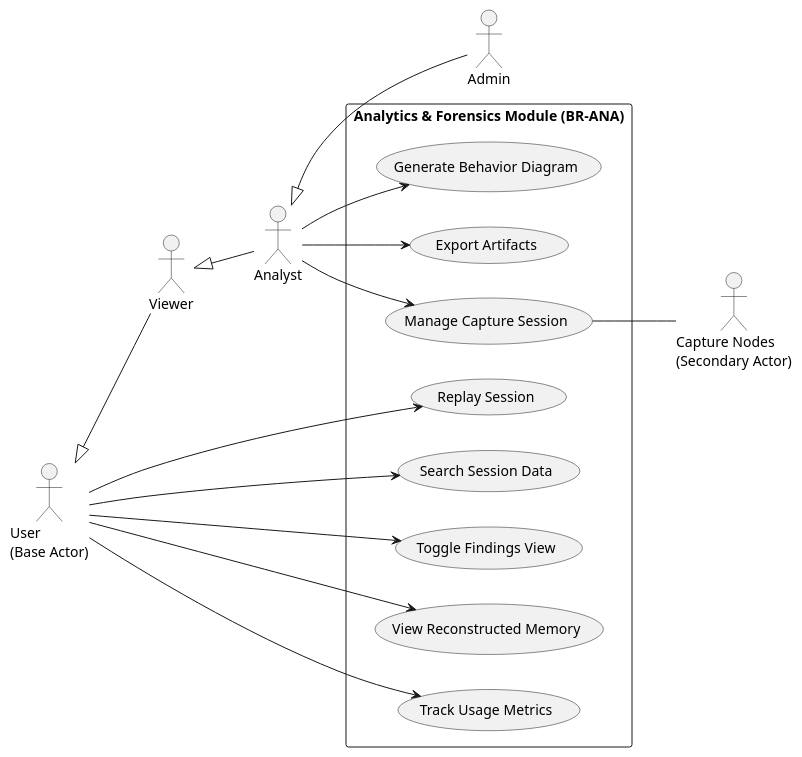
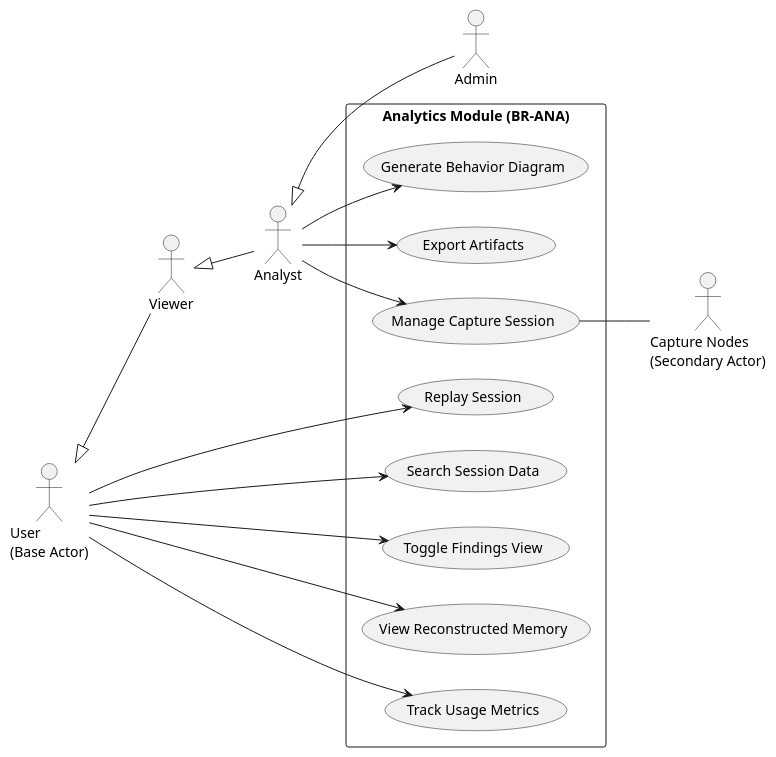
Diagram 19 of 21 in docs/01_Requirements/01_SysRS/04_Behavioral_and_Model_Requirements.md (EG-ETCS/wiresploit), drawn with PlantUML before and after one commit.

Commit message:
Edited the analytics Use case diagram

````diff
--- a/docs/01_Requirements/01_SysRS/04_Behavioral_and_Model_Requirements.md
+++ b/docs/01_Requirements/01_SysRS/04_Behavioral_and_Model_Requirements.md
@@ -415,43 +415,43 @@
 ```plantuml
 @startuml
 left to right direction
 skinparam packageStyle rectangle
 
 actor "User\n(Base Actor)" as BaseUser
 actor "Viewer" as Viewer
 actor "Analyst" as Analyst
 actor "Admin" as Admin
 actor "Capture Nodes\n(Secondary Actor)" as CaptureNodes
 
 ' Cascading Inheritance
 BaseUser <|-- Viewer
 Viewer <|-- Analyst
 Analyst <|-- Admin
 
-package "Analytics & Forensics Module (BR-ANA)" {
+package "Analytics Module (BR-ANA)" {
   usecase "Manage Capture Session" as UC1
   usecase "Replay Session" as UC2
   usecase "Search Session Data" as UC3
   usecase "Generate Behavior Diagram" as UC4
   usecase "Export Artifacts" as UC5
   usecase "Toggle Findings View" as UC6
   usecase "View Reconstructed Memory" as UC7
   usecase "Track Usage Metrics" as UC8
 }
 
 ' Base viewing and navigation actions
 BaseUser --> UC2
 BaseUser --> UC3
 BaseUser --> UC6
 BaseUser --> UC7
 BaseUser --> UC8
 
 ' Elevated analyst capabilities
 Analyst --> UC1
 Analyst --> UC4
 Analyst --> UC5
 
 ' Secondary actor integrations
 UC1 -- CaptureNodes
 @enduml
 ```
````
